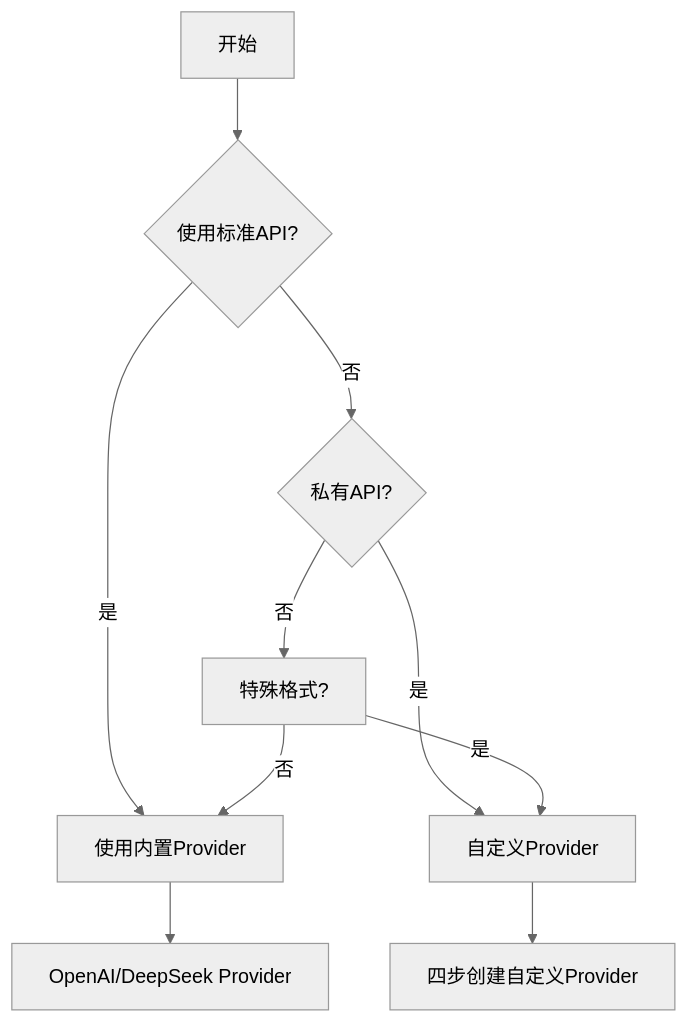
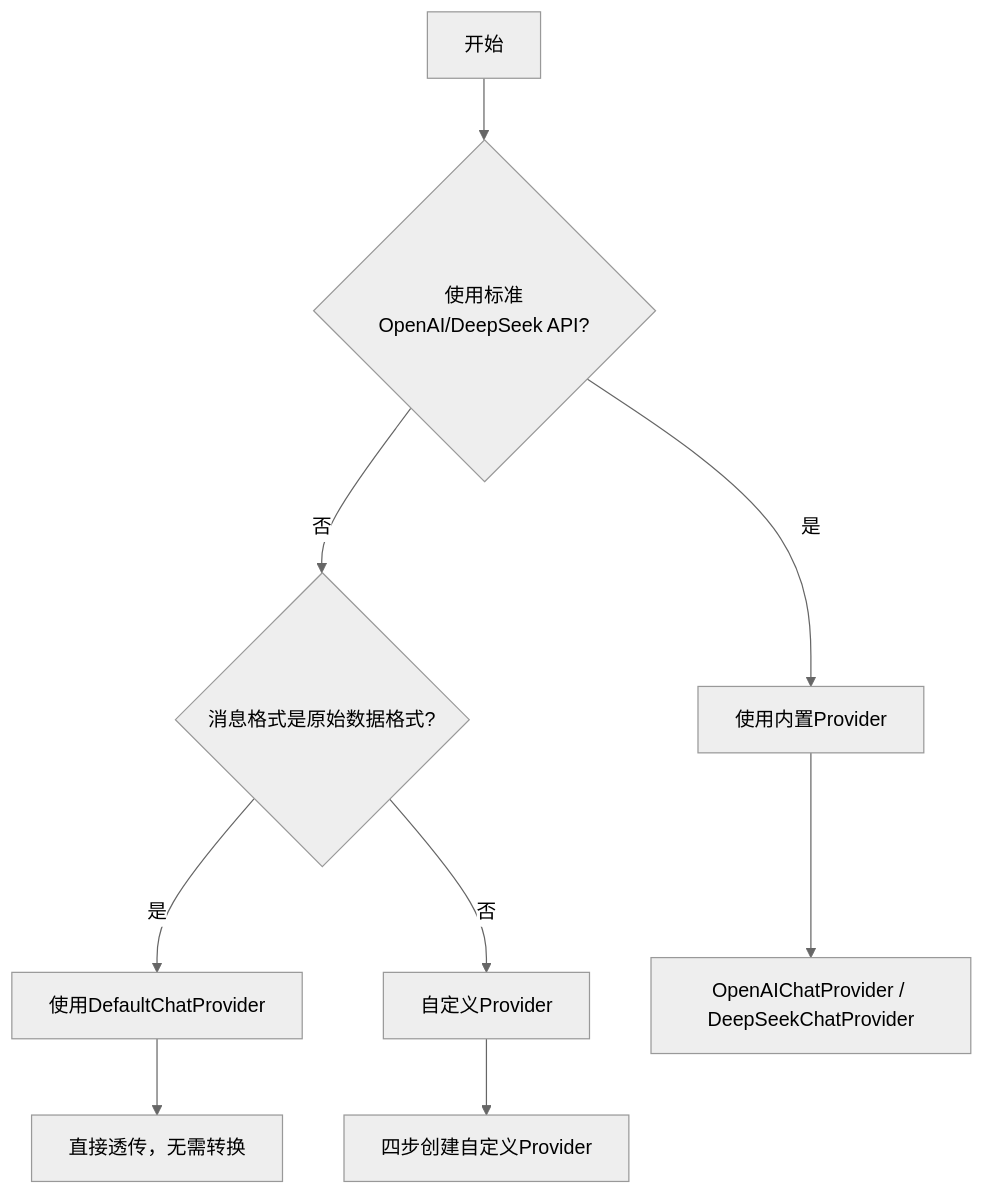
The diagram in packages/x-skill/skills-zh/x-chat-provider/SKILL.md (fahmifareed/x), drawn with Mermaid (neutral theme) before and after one commit. The commit also changed other lines of this file and 29 other files, not shown here.

````diff
--- a/packages/x-skill/skills-zh/x-chat-provider/SKILL.md
+++ b/packages/x-skill/skills-zh/x-chat-provider/SKILL.md
@@ -106,13 +49,11 @@
 ```mermaid
 graph TD
-    A[开始] --> B{使用标准API?}
+    A[开始] --> B{使用标准OpenAI/DeepSeek API?}
     B -->|是| C[使用内置Provider]
-    B -->|否| D{私有API?}
-    D -->|是| E[自定义Provider]
-    D -->|否| F[特殊格式?]
-    F -->|是| E
-    F -->|否| C
-
-    C --> G[OpenAI/DeepSeek Provider]
-    E --> H[四步创建自定义Provider]
+    B -->|否| D{消息格式是原始数据格式?}
+    D -->|是| E[使用DefaultChatProvider]
+    D -->|否| F[自定义Provider]
+    C --> G[OpenAIChatProvider / DeepSeekChatProvider]
+    E --> H[直接透传，无需转换]
+    F --> I[四步创建自定义Provider]
 ```
````
